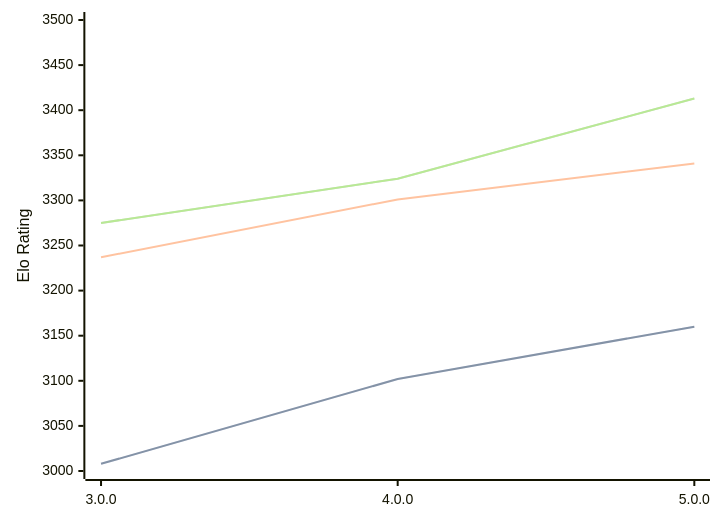
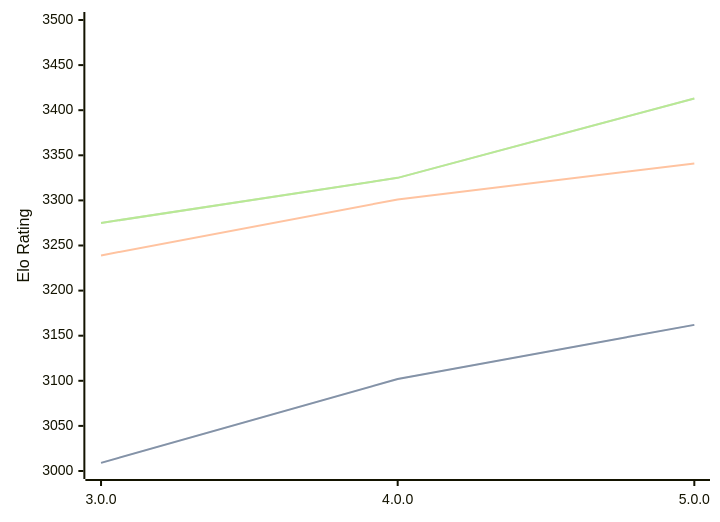
Before and after one commit to computer-chess-index/cci: the diagram in engines/Minke.md, drawn with Mermaid. The commit also changed other lines of this file, not shown here.

Commit message:
Update CCI Ratings (ELO VLTC) - 2026-04-12

````diff
--- a/engines/Minke.md
+++ b/engines/Minke.md
@@ -35,11 +35,11 @@
 ```mermaid
 %%{init: {"theme":"base","themeVariables":{"seriesColors:['#a3a3a3','#222221','#faa371']}}}%%
 xychart-beta
   x-axis ["3.0.0", "4.0.0", "5.0.0"]
   y-axis "Elo Rating" 3000 --> 3500
-  line "STC (8.0+0.08s)" [3008, 3102, 3160]
-  line "STC (8.0+0.08s)" [3008, 3102, 3160]
-  line "LTC (60.0+0.60s)" [3237, 3301, 3341]
-  line "VLTC (2m24s+1.12s)" [3275, 3324, 3413]
-  line "VLTC (2m24s+1.12s)" [3275, 3324, 3413]
+  line "STC (8.0+0.08s)" [3009, 3102, 3162]
+  line "STC (8.0+0.08s)" [3009, 3102, 3162]
+  line "LTC (60.0+0.60s)" [3239, 3301, 3341]
+  line "VLTC (2m24s+1.12s)" [3275, 3325, 3413]
+  line "VLTC (2m24s+1.12s)" [3275, 3325, 3413]
 ```
````
